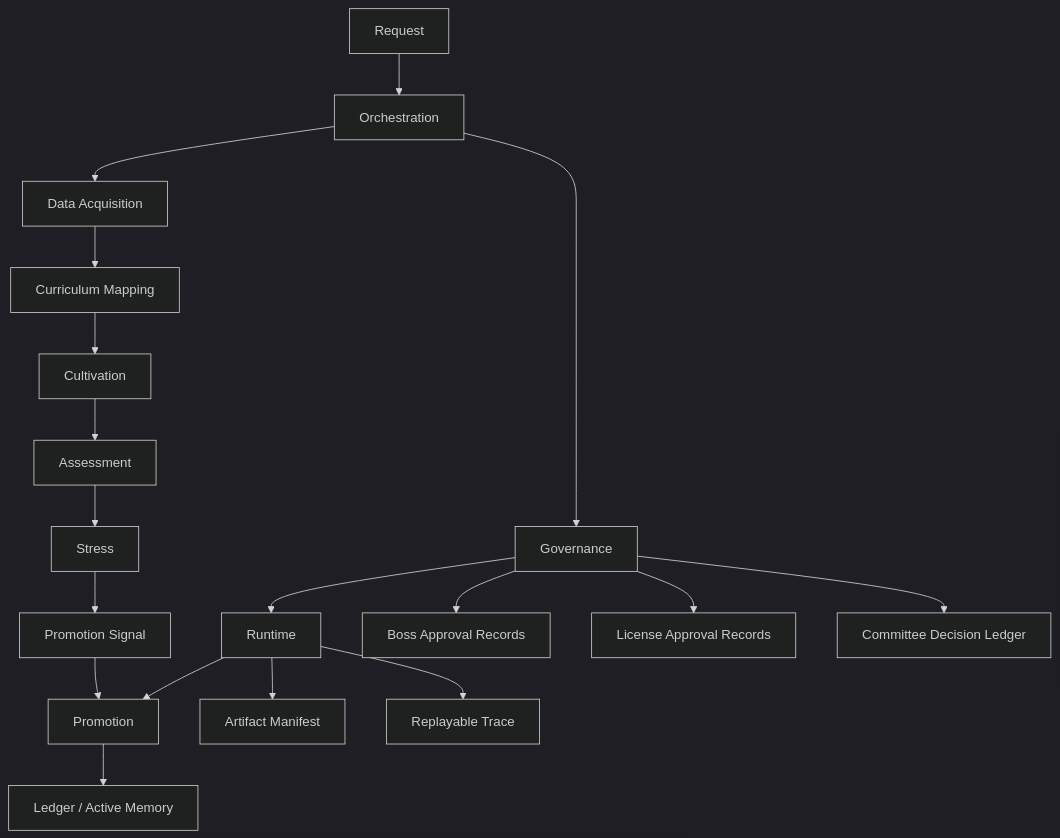
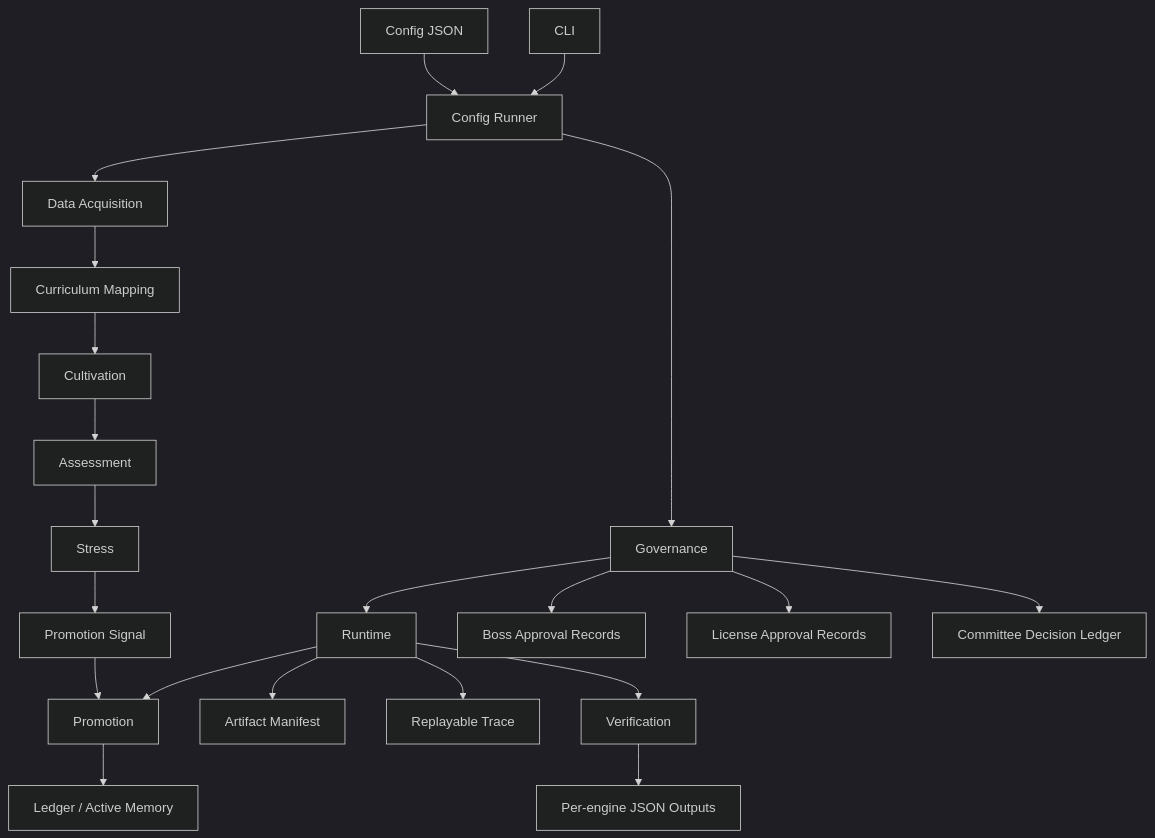
The diagram in docs/architecture.md (sinmb79/22b-paideia-engines), drawn with Mermaid (dark theme) before and after one commit. The commit also changed other lines of this file and 15 other files, not shown here.

Commit message:
feat: add phase 5 orchestration cli core

````diff
--- a/docs/architecture.md
+++ b/docs/architecture.md
@@ -7,20 +7,23 @@
 ```mermaid
 flowchart TD
-  A["Request"] --> O["Orchestration"]
-  O --> DA["Data Acquisition"]
+  Config["Config JSON"] --> Runner["Config Runner"]
+  CLI["CLI"] --> Runner
+  Runner --> DA["Data Acquisition"]
   DA --> CM["Curriculum Mapping"]
   CM --> C["Cultivation"]
   C --> AS["Assessment"]
   AS --> S["Stress"]
   S --> PS["Promotion Signal"]
   PS --> P["Promotion"]
-  O --> G["Governance"]
+  Runner --> G["Governance"]
   G --> R["Runtime"]
   R --> AM["Artifact Manifest"]
   R --> RT["Replayable Trace"]
   R --> P
+  R --> V["Verification"]
   P --> M["Ledger / Active Memory"]
   G --> B["Boss Approval Records"]
   G --> L["License Approval Records"]
   G --> CD["Committee Decision Ledger"]
+  V --> OUT["Per-engine JSON Outputs"]
 ```
````
